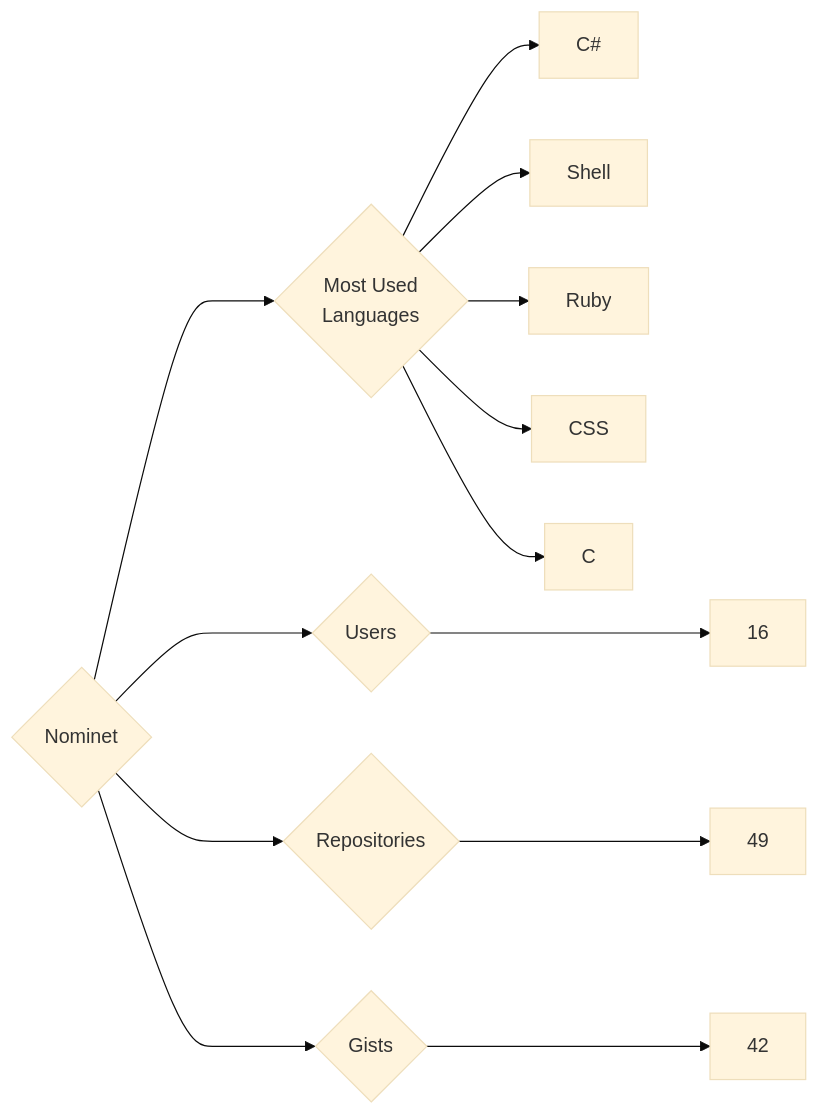
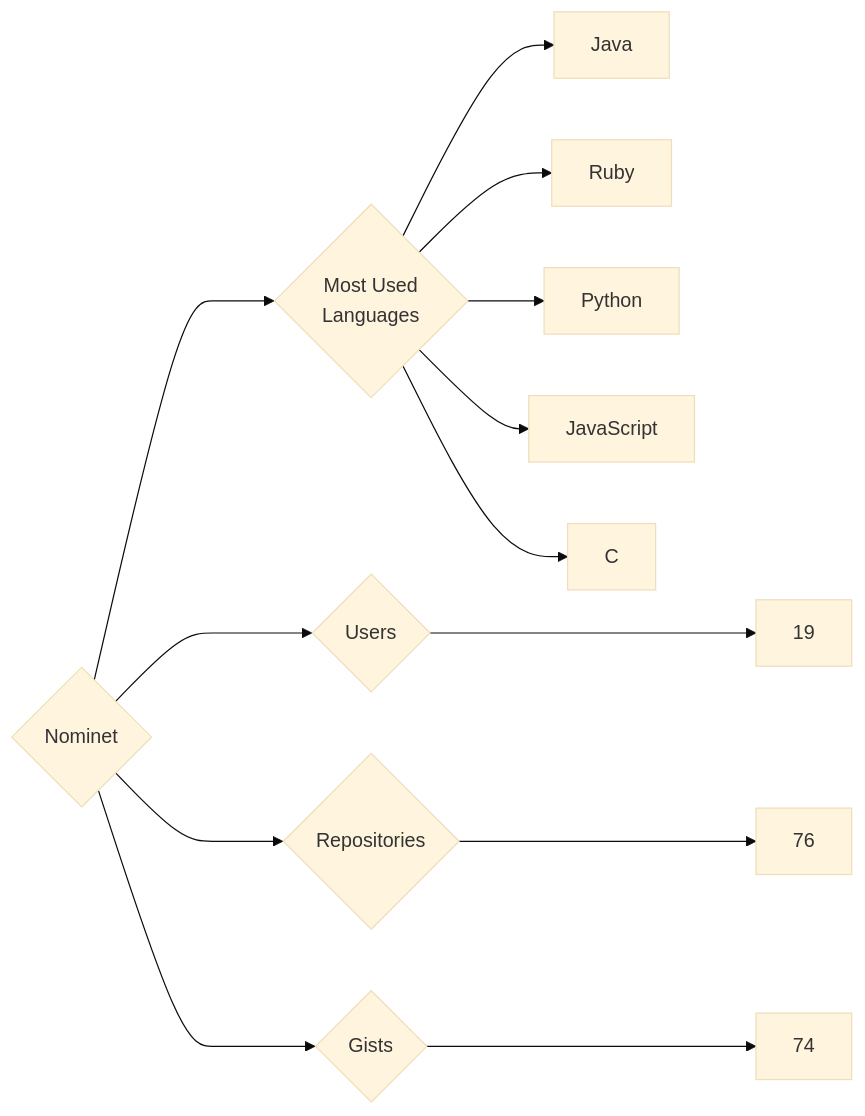
Before and after one commit to trickest/insiders: the diagram in targets/Nominet/README.md, drawn with Mermaid (base theme). The commit also changed 939 other files, not shown here.

````diff
--- a/targets/Nominet/README.md
+++ b/targets/Nominet/README.md
@@ -3,13 +3,13 @@
 ```mermaid
 graph LR
 COMPANY_NAME{Nominet}
-COMPANY_NAME ---> U{Users} ---> UN[16]
-COMPANY_NAME ---> R{Repositories} ---> RN[49]
-COMPANY_NAME ---> G{Gists} ---> GN[42]
+COMPANY_NAME ---> U{Users} ---> UN[19]
+COMPANY_NAME ---> R{Repositories} ---> RN[76]
+COMPANY_NAME ---> G{Gists} ---> GN[74]
 COMPANY_NAME ---> ML{Most Used<br>Languages}
-ML --> C#[C#]
-ML --> Shell[Shell]
+ML --> Java[Java]
 ML --> Ruby[Ruby]
-ML --> CSS[CSS]
+ML --> Python[Python]
+ML --> JavaScript[JavaScript]
 ML --> C[C]
 ```
````
